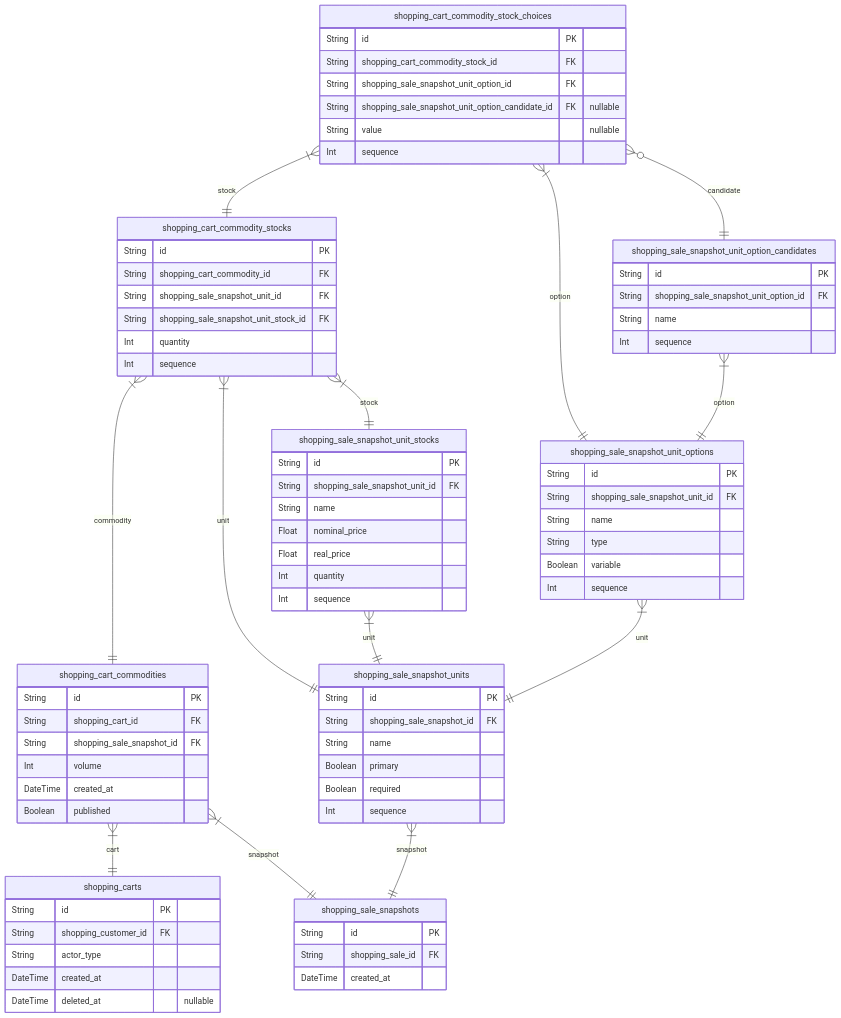
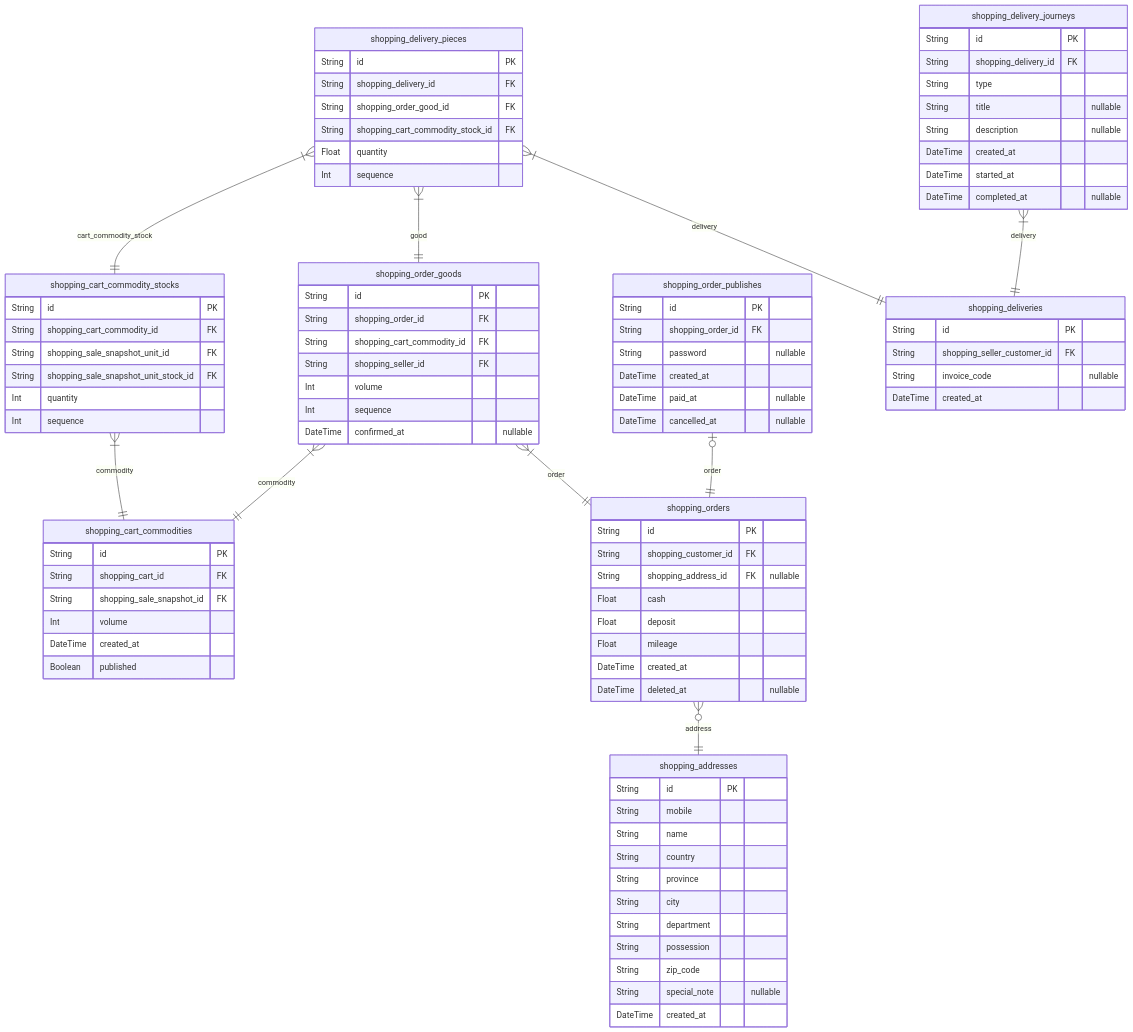
The seventh of 9 diagrams in ERD.md (samchon/prisma-markdown), drawn with Mermaid before and after one commit. The commit also changed other lines of this file and 3 other files, not shown here.

First line of the commit message:
Keep sequence of tables.

````diff
--- a/ERD.md
+++ b/ERD.md
@@ -1270,11 +1649,17 @@
 ```mermaid
 erDiagram
-"shopping_carts" {
+"shopping_addresses" {
     String id PK
-    String shopping_customer_id FK
-    String actor_type
+    String mobile
+    String name
+    String country
+    String province
+    String city
+    String department
+    String possession
+    String zip_code
+    String special_note "nullable"
     DateTime created_at
-    DateTime deleted_at "nullable"
 }
 "shopping_cart_commodities" {
     String id PK
@@ -1292,60 +1677,64 @@
     Int quantity
     Int sequence
 }
-"shopping_cart_commodity_stock_choices" {
+"shopping_orders" {
     String id PK
+    String shopping_customer_id FK
+    String shopping_address_id FK "nullable"
+    Float cash
+    Float deposit
+    Float mileage
+    DateTime created_at
+    DateTime deleted_at "nullable"
+}
+"shopping_order_goods" {
+    String id PK
+    String shopping_order_id FK
+    String shopping_cart_commodity_id FK
+    String shopping_seller_id FK
+    Int volume
+    Int sequence
+    DateTime confirmed_at "nullable"
+}
+"shopping_order_publishes" {
+    String id PK
+    String shopping_order_id FK
+    String password "nullable"
+    DateTime created_at
+    DateTime paid_at "nullable"
+    DateTime cancelled_at "nullable"
+}
+"shopping_deliveries" {
+    String id PK
+    String shopping_seller_customer_id FK
+    String invoice_code "nullable"
+    DateTime created_at
+}
+"shopping_delivery_pieces" {
+    String id PK
+    String shopping_delivery_id FK
+    String shopping_order_good_id FK
     String shopping_cart_commodity_stock_id FK
-    String shopping_sale_snapshot_unit_option_id FK
-    String shopping_sale_snapshot_unit_option_candidate_id FK "nullable"
-    String value "nullable"
+    Float quantity
     Int sequence
 }
-"shopping_sale_snapshots" {
+"shopping_delivery_journeys" {
     String id PK
-    String shopping_sale_id FK
+    String shopping_delivery_id FK
+    String type
+    String title "nullable"
+    String description "nullable"
     DateTime created_at
+    DateTime started_at
+    DateTime completed_at "nullable"
 }
-"shopping_sale_snapshot_units" {
-    String id PK
-    String shopping_sale_snapshot_id FK
-    String name
-    Boolean primary
-    Boolean required
-    Int sequence
-}
-"shopping_sale_snapshot_unit_options" {
-    String id PK
-    String shopping_sale_snapshot_unit_id FK
-    String name
-    String type
-    Boolean variable
-    Int sequence
-}
-"shopping_sale_snapshot_unit_option_candidates" {
-    String id PK
-    String shopping_sale_snapshot_unit_option_id FK
-    String name
-    Int sequence
-}
-"shopping_sale_snapshot_unit_stocks" {
-    String id PK
-    String shopping_sale_snapshot_unit_id FK
-    String name
-    Float nominal_price
-    Float real_price
-    Int quantity
-    Int sequence
-}
-"shopping_cart_commodities" }|--|| "shopping_carts" : cart
-"shopping_cart_commodities" }|--|| "shopping_sale_snapshots" : snapshot
 "shopping_cart_commodity_stocks" }|--|| "shopping_cart_commodities" : commodity
-"shopping_cart_commodity_stocks" }|--|| "shopping_sale_snapshot_units" : unit
-"shopping_cart_commodity_stocks" }|--|| "shopping_sale_snapshot_unit_stocks" : stock
-"shopping_cart_commodity_stock_choices" }|--|| "shopping_cart_commodity_stocks" : stock
-"shopping_cart_commodity_stock_choices" }|--|| "shopping_sale_snapshot_unit_options" : option
-"shopping_cart_commodity_stock_choices" }o--|| "shopping_sale_snapshot_unit_option_candidates" : candidate
-"shopping_sale_snapshot_units" }|--|| "shopping_sale_snapshots" : snapshot
-"shopping_sale_snapshot_unit_options" }|--|| "shopping_sale_snapshot_units" : unit
-"shopping_sale_snapshot_unit_option_candidates" }|--|| "shopping_sale_snapshot_unit_options" : option
-"shopping_sale_snapshot_unit_stocks" }|--|| "shopping_sale_snapshot_units" : unit
+"shopping_orders" }o--|| "shopping_addresses" : address
+"shopping_order_goods" }|--|| "shopping_orders" : order
+"shopping_order_goods" }|--|| "shopping_cart_commodities" : commodity
+"shopping_order_publishes" |o--|| "shopping_orders" : order
+"shopping_delivery_pieces" }|--|| "shopping_deliveries" : delivery
+"shopping_delivery_pieces" }|--|| "shopping_order_goods" : good
+"shopping_delivery_pieces" }|--|| "shopping_cart_commodity_stocks" : cart_commodity_stock
+"shopping_delivery_journeys" }|--|| "shopping_deliveries" : delivery
 ```
````
